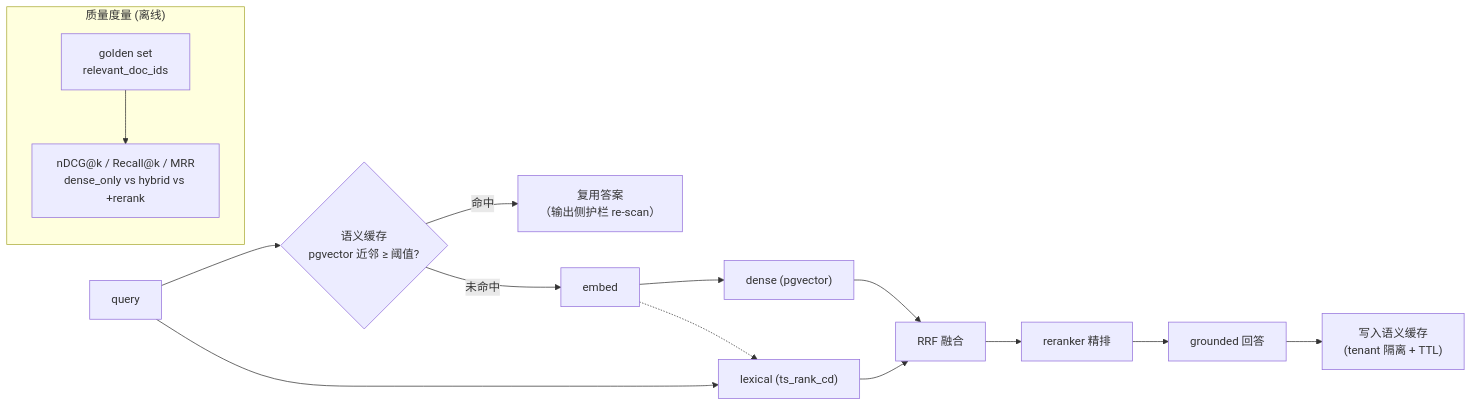
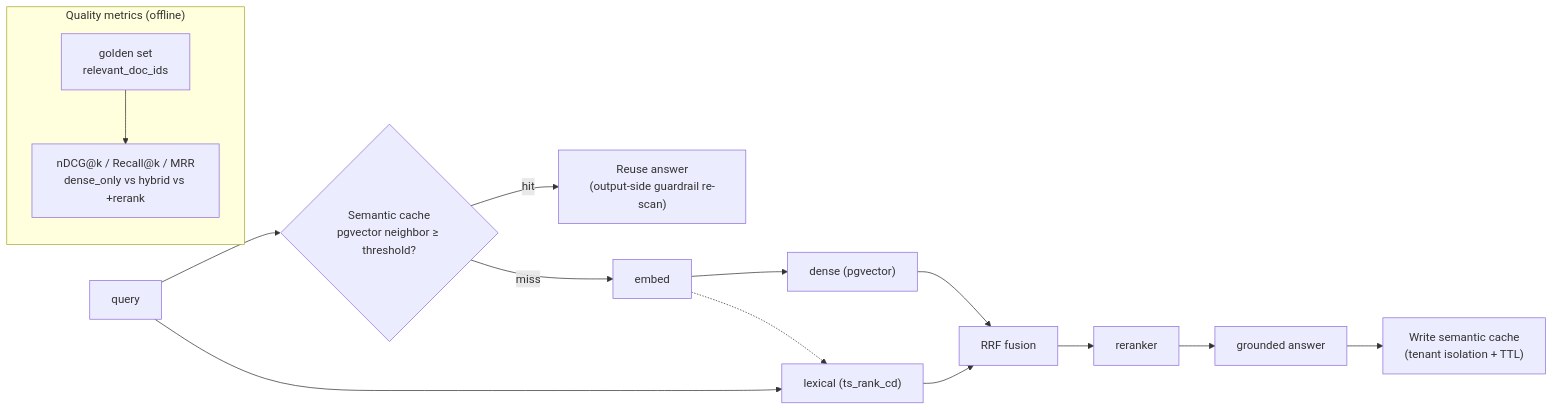
The diagram in docs/milestone-13-plan.md (AndyUneducated/resolve-ai), drawn with Mermaid before and after one commit. The commit also changed other lines of this file and 79 other files, not shown here.

````diff
--- a/docs/milestone-13-plan.md
+++ b/docs/milestone-13-plan.md
@@ -9,17 +9,17 @@
 ```mermaid
 flowchart LR
-  q["query"] --> cache{"语义缓存<br/>pgvector 近邻 ≥ 阈值?"}
-  cache -- 命中 --> hit["复用答案<br/>（输出侧护栏 re-scan）"]
-  cache -- 未命中 --> emb["embed"]
+  q["query"] --> cache{"Semantic cache<br/>pgvector neighbor ≥ threshold?"}
+  cache -- hit --> hit["Reuse answer<br/>(output-side guardrail re-scan)"]
+  cache -- miss --> emb["embed"]
   emb --> dense["dense (pgvector)"]
   emb -.-> lex["lexical (ts_rank_cd)"]
   q --> lex
-  dense --> rrf["RRF 融合"]
+  dense --> rrf["RRF fusion"]
   lex --> rrf
-  rrf --> rr["reranker 精排"]
-  rr --> ans["grounded 回答"]
-  ans --> store["写入语义缓存<br/>(tenant 隔离 + TTL)"]
-  subgraph eval["质量度量 (离线)"]
+  rrf --> rr["reranker"]
+  rr --> ans["grounded answer"]
+  ans --> store["Write semantic cache<br/>(tenant isolation + TTL)"]
+  subgraph eval["Quality metrics (offline)"]
     gold["golden set<br/>relevant_doc_ids"] --> mtr["nDCG@k / Recall@k / MRR<br/>dense_only vs hybrid vs +rerank"]
   end
 ```
````
